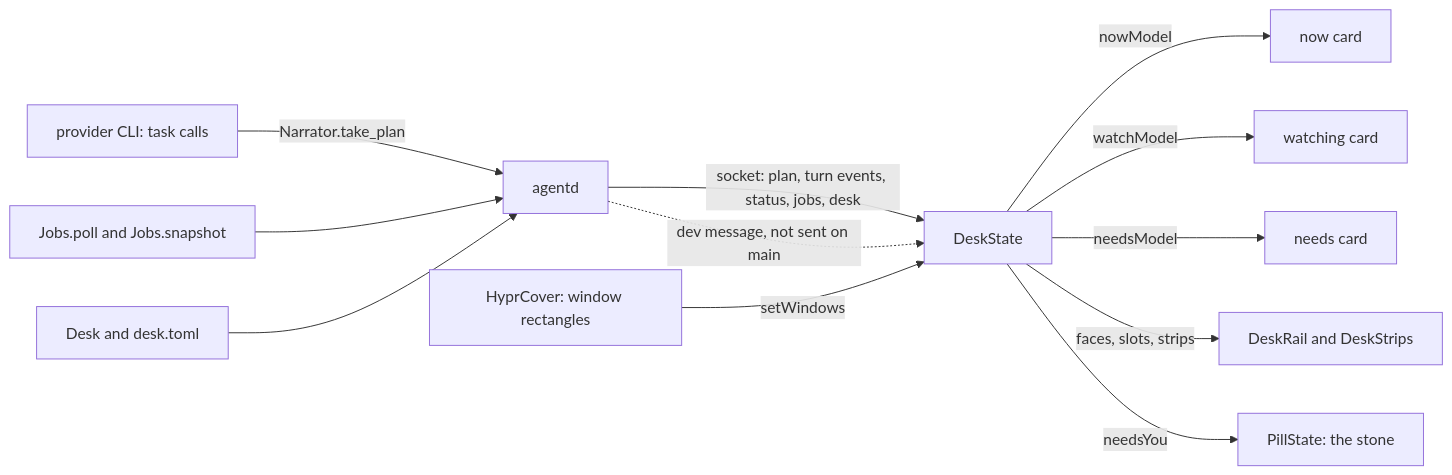
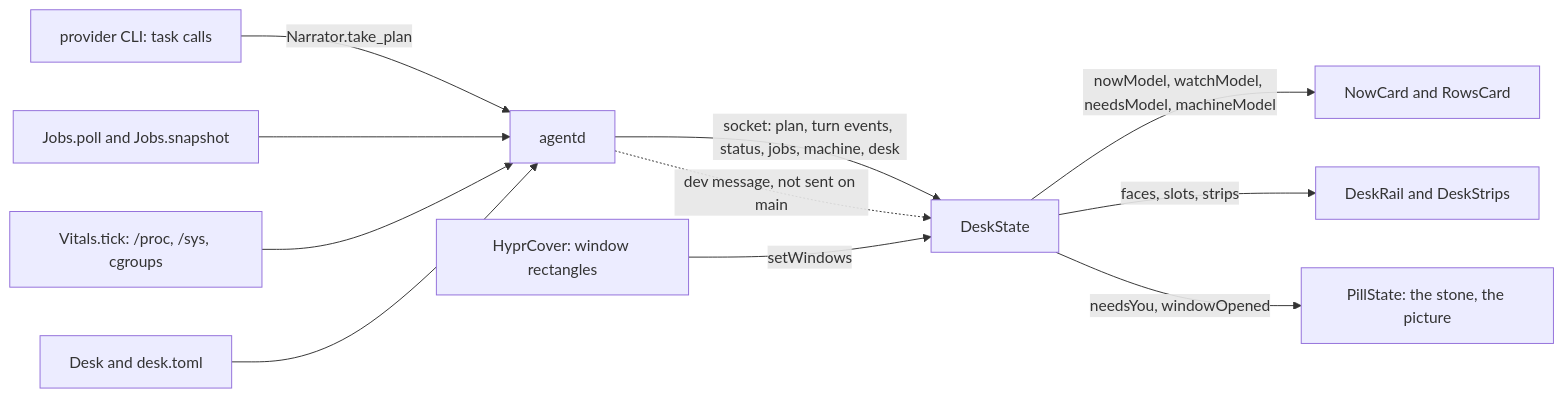
Before and after one commit to thedefaultman/Bombadil: the first of 4 diagrams in docs/architecture/desk.md, drawn with Mermaid. The commit also changed other lines of this file and 18 other files, not shown here.

First line of the commit message:
docs: architecture page updates against current main (checks interrupted)

````diff
--- a/docs/architecture/desk.md
+++ b/docs/architecture/desk.md
@@ -14,14 +14,13 @@
 ```mermaid
 flowchart LR
     CLI["provider CLI: task calls"] -->|"Narrator.take_plan"| AGD["agentd"]
     JOBS["Jobs.poll and Jobs.snapshot"] --> AGD
+    VIT["Vitals.tick: /proc, /sys, cgroups"] --> AGD
     DESKPY["Desk and desk.toml"] --> AGD
-    AGD -->|"socket: plan, turn events, status, jobs, desk"| DS["DeskState"]
+    AGD -->|"socket: plan, turn events, status, jobs, machine, desk"| DS["DeskState"]
     AGD -.->|"dev message, not sent on main"| DS
     COVER["HyprCover: window rectangles"] -->|"setWindows"| DS
-    DS -->|"nowModel"| NOW["now card"]
-    DS -->|"watchModel"| WATCH["watching card"]
-    DS -->|"needsModel"| NEEDS["needs card"]
+    DS -->|"nowModel, watchModel, needsModel, machineModel"| CARDS["NowCard and RowsCard"]
     DS -->|"faces, slots, strips"| DRAW["DeskRail and DeskStrips"]
-    DS -->|"needsYou"| PILL["PillState: the stone"]
+    DS -->|"needsYou, windowOpened"| PILL["PillState: the stone, the picture"]
 ```
````
